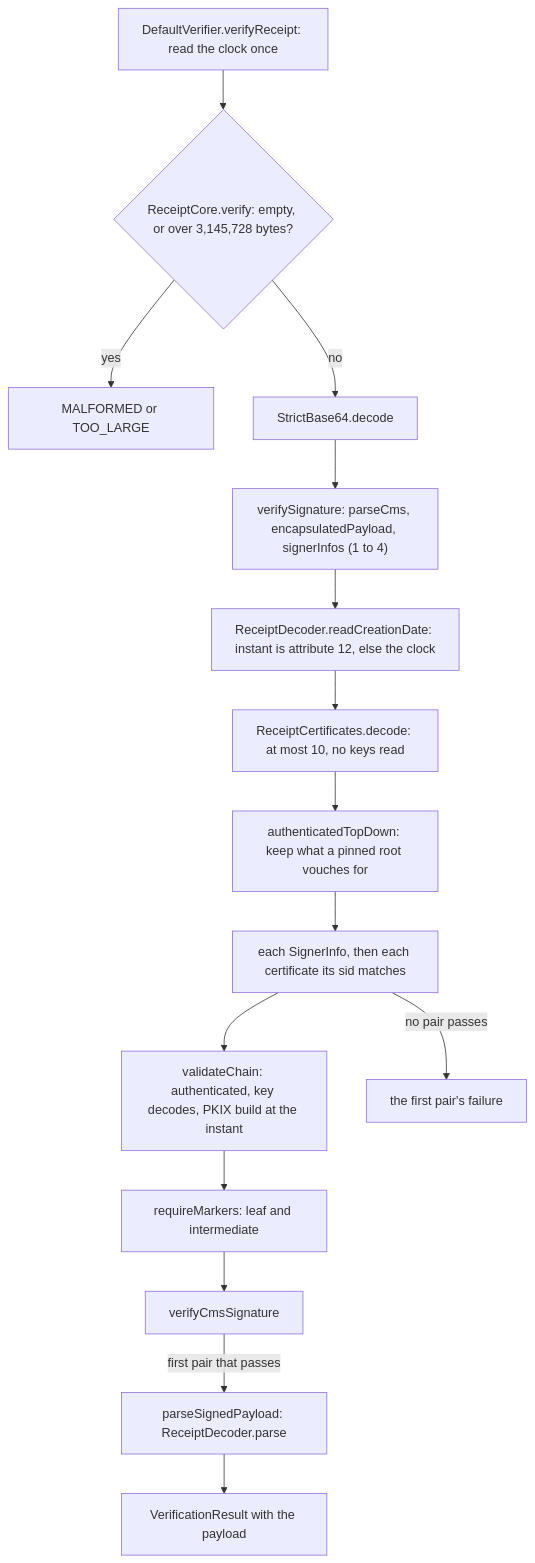
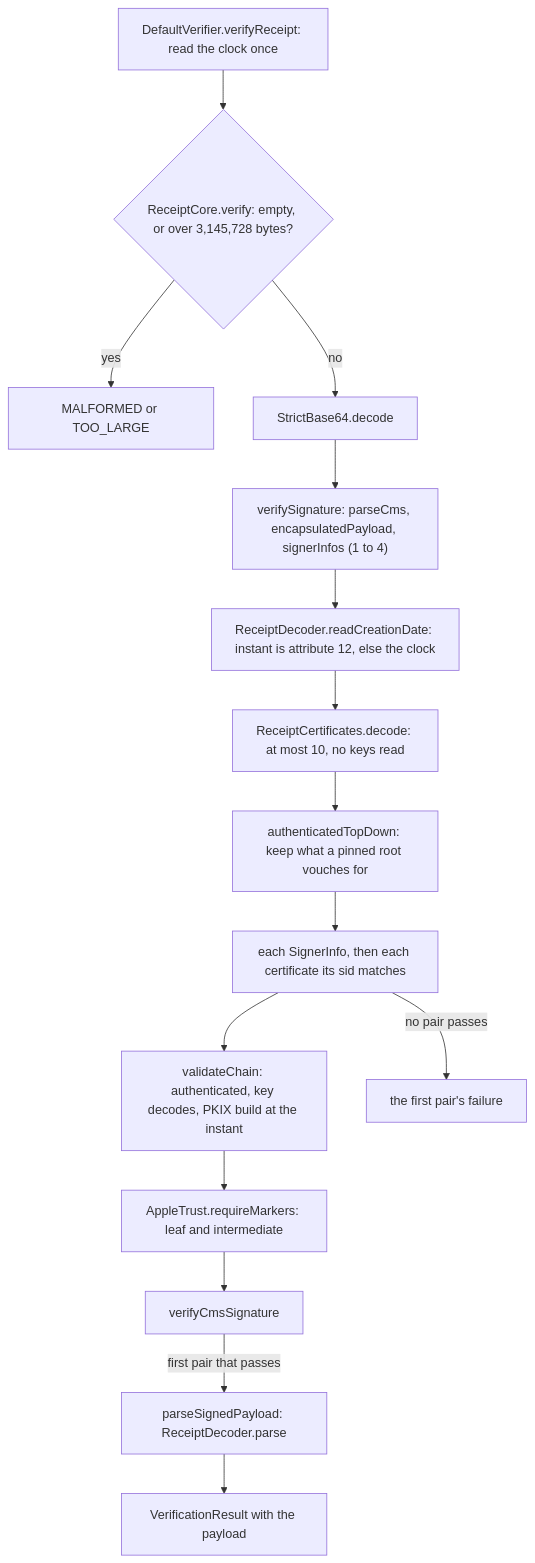
Before and after one commit to emindeniz99/apple-purchase-receipt-verifier: the third of 3 diagrams in java/WALKTHROUGH.md, drawn with Mermaid. The commit also changed other lines of this file and 3 other files, not shown here.

````diff
--- a/java/WALKTHROUGH.md
+++ b/java/WALKTHROUGH.md
@@ -512,17 +513,17 @@
 ```mermaid
 flowchart TD
     S["DefaultVerifier.verifyReceipt: read the clock once"] --> C1{"ReceiptCore.verify: empty, or over 3,145,728 bytes?"}
     C1 -->|yes| F1["MALFORMED or TOO_LARGE"]
     C1 -->|no| C2["StrictBase64.decode"]
     C2 --> C3["verifySignature: parseCms, encapsulatedPayload, signerInfos (1 to 4)"]
     C3 --> C4["ReceiptDecoder.readCreationDate: instant is attribute 12, else the clock"]
     C4 --> C5["ReceiptCertificates.decode: at most 10, no keys read"]
     C5 --> C6["authenticatedTopDown: keep what a pinned root vouches for"]
     C6 --> L["each SignerInfo, then each certificate its sid matches"]
     L --> C7["validateChain: authenticated, key decodes, PKIX build at the instant"]
-    C7 --> C8["requireMarkers: leaf and intermediate"]
+    C7 --> C8["AppleTrust.requireMarkers: leaf and intermediate"]
     C8 --> C9["verifyCmsSignature"]
     C9 -->|first pair that passes| C10["parseSignedPayload: ReceiptDecoder.parse"]
     C10 --> OK["VerificationResult with the payload"]
     L -->|no pair passes| F2["the first pair's failure"]
 ```
````
